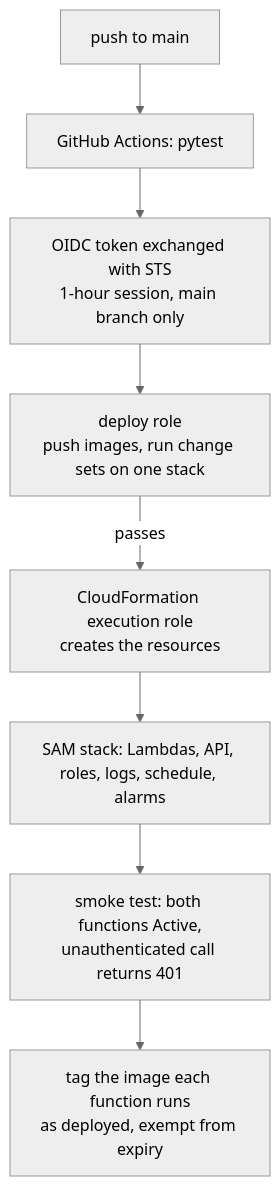
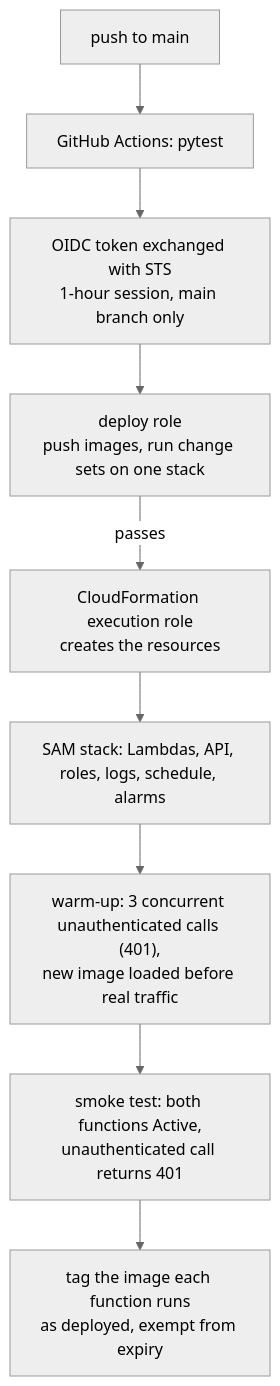
One commit to C0k11/quantai changed the eighth of 8 diagrams in README.md. Above: the diagram before and after it, drawn with Mermaid (neutral theme). The commit also changed other lines of this file and 4 other files, not shown here.

````diff
--- a/README.md
+++ b/README.md
@@ -324,10 +324,11 @@
 ```mermaid
 flowchart TB
     PUSH["push to main"] --> TEST["GitHub Actions: pytest"]
     TEST --> OIDC["OIDC token exchanged with STS<br/>1-hour session, main branch only"]
     OIDC --> DEP["deploy role<br/>push images, run change sets on one stack"]
     DEP -->|"passes"| CFN["CloudFormation execution role<br/>creates the resources"]
     CFN --> APP["SAM stack: Lambdas, API, roles, logs, schedule, alarms"]
-    APP --> SMOKE["smoke test: both functions Active,<br/>unauthenticated call returns 401"]
+    APP --> WARM["warm-up: 3 concurrent unauthenticated calls (401),<br/>new image loaded before real traffic"]
+    WARM --> SMOKE["smoke test: both functions Active,<br/>unauthenticated call returns 401"]
     SMOKE --> PIN["tag the image each function runs<br/>as deployed, exempt from expiry"]
 ```
````
